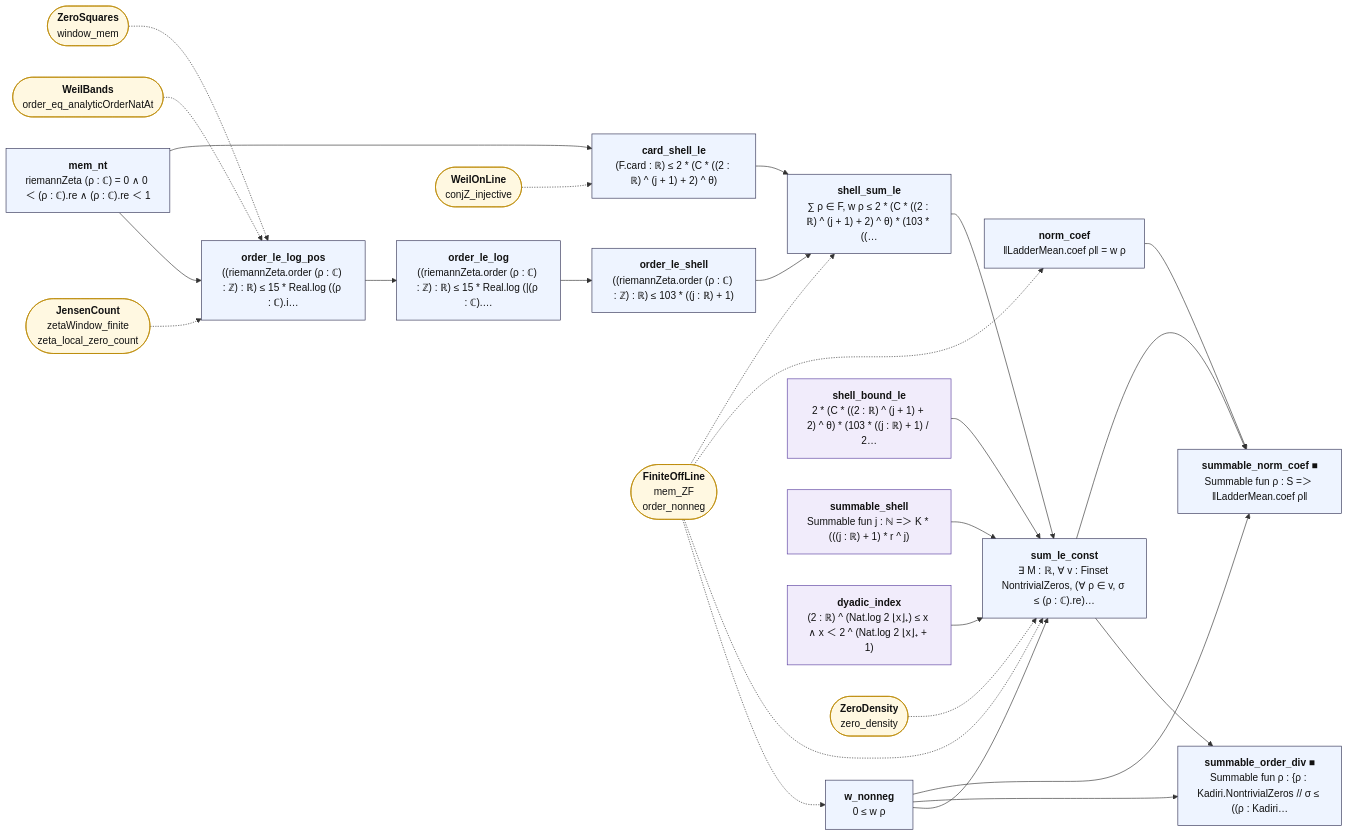
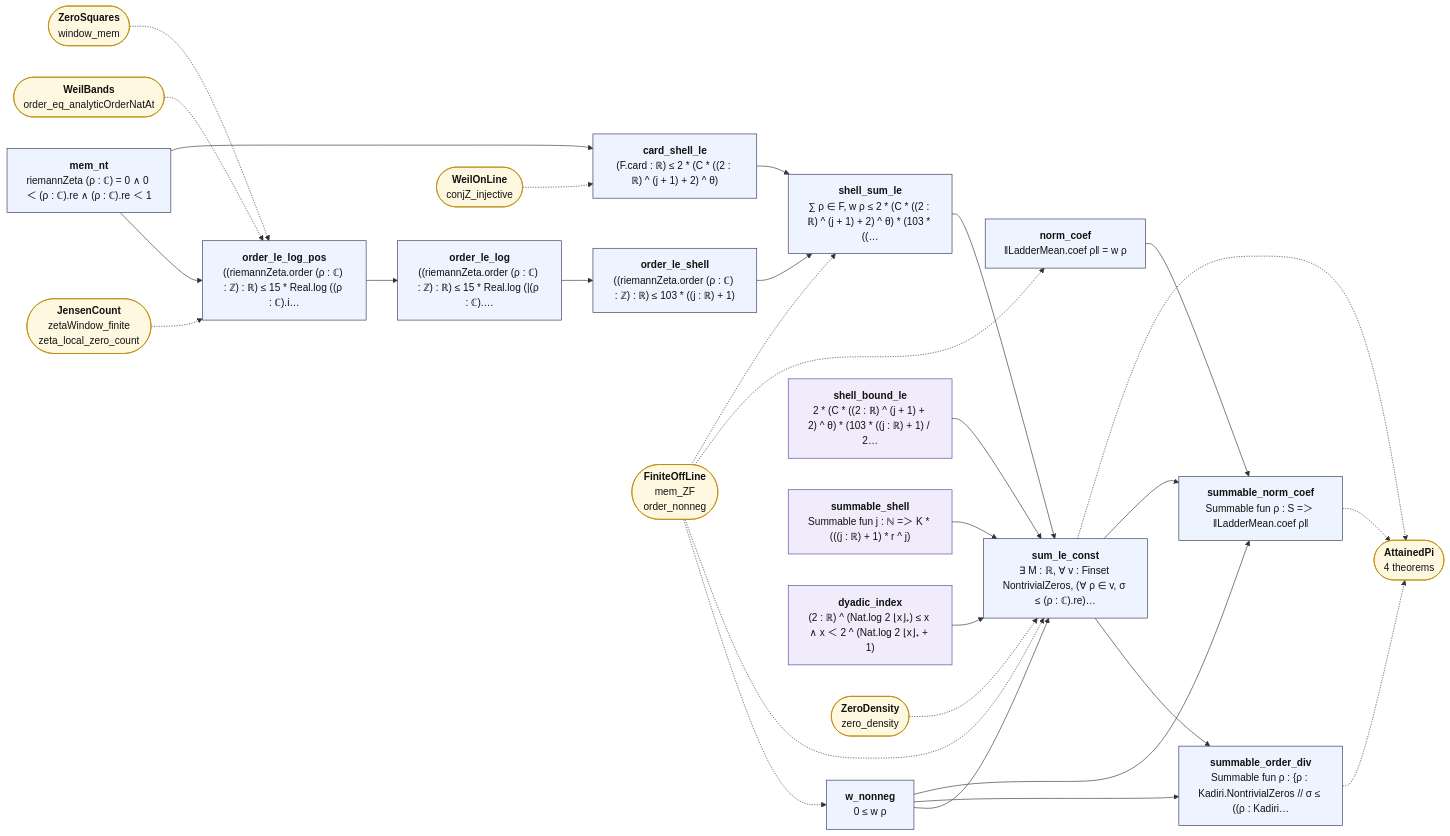
One commit to juliansambranojr/Primebeat_081426 changed the diagram in map/lean_stage3/ZeroSummable.md. Above: the diagram before and after it, drawn with Mermaid. The commit also changed other lines of this file and 50 other files, not shown here.

First line of the commit message:
C7: joint 10 on the count when the largest real part of the zeros is attained (unit 0456)

````diff
--- a/map/lean_stage3/ZeroSummable.md
+++ b/map/lean_stage3/ZeroSummable.md
@@ -12,56 +12,60 @@
 ```mermaid
 flowchart LR
   n0["<b>w_nonneg</b><br/>0 ≤ w ρ"]:::thm
   n1["<b>mem_nt</b><br/>riemannZeta (ρ : ℂ) = 0 ∧ 0 ＜ (ρ : ℂ).re ∧ (ρ : ℂ).re ＜ 1"]:::thm
   n2["<b>order_le_log_pos</b><br/>((riemannZeta.order (ρ : ℂ) : ℤ) : ℝ) ≤ 15 * Real.log ((ρ : ℂ).i…"]:::thm
   n3["<b>order_le_log</b><br/>((riemannZeta.order (ρ : ℂ) : ℤ) : ℝ) ≤ 15 * Real.log (|(ρ : ℂ).…"]:::thm
   n4["<b>order_le_shell</b><br/>((riemannZeta.order (ρ : ℂ) : ℤ) : ℝ) ≤ 103 * ((j : ℝ) + 1)"]:::thm
   n5["<b>card_shell_le</b><br/>(F.card : ℝ) ≤ 2 * (C * ((2 : ℝ) ^ (j + 1) + 2) ^ θ)"]:::thm
   n6["<b>shell_sum_le</b><br/>∑ ρ ∈ F, w ρ ≤ 2 * (C * ((2 : ℝ) ^ (j + 1) + 2) ^ θ) * (103 * ((…"]:::thm
   n7["<b>shell_bound_le</b><br/>2 * (C * ((2 : ℝ) ^ (j + 1) + 2) ^ θ) * (103 * ((j : ℝ) + 1) / 2…"]:::shp
   n8["<b>summable_shell</b><br/>Summable fun j : ℕ =＞ K * (((j : ℝ) + 1) * r ^ j)"]:::shp
   n9["<b>dyadic_index</b><br/>(2 : ℝ) ^ (Nat.log 2 ⌊x⌋₊) ≤ x ∧ x ＜ 2 ^ (Nat.log 2 ⌊x⌋₊ + 1)"]:::shp
   n10["<b>sum_le_const</b><br/>∃ M : ℝ, ∀ v : Finset NontrivialZeros, (∀ ρ ∈ v, σ ≤ (ρ : ℂ).re)…"]:::thm
-  n11["<b>summable_order_div ■</b><br/>Summable fun ρ : {ρ : Kadiri.NontrivialZeros // σ ≤ ((ρ : Kadiri…"]:::thm
+  n11["<b>summable_order_div</b><br/>Summable fun ρ : {ρ : Kadiri.NontrivialZeros // σ ≤ ((ρ : Kadiri…"]:::thm
   n12["<b>norm_coef</b><br/>‖LadderMean.coef ρ‖ = w ρ"]:::thm
-  n13["<b>summable_norm_coef ■</b><br/>Summable fun ρ : S =＞ ‖LadderMean.coef ρ‖"]:::thm
+  n13["<b>summable_norm_coef</b><br/>Summable fun ρ : S =＞ ‖LadderMean.coef ρ‖"]:::thm
   x0(["<b>FiniteOffLine</b><br/>mem_ZF<br/>order_nonneg"]):::ext
   x1(["<b>JensenCount</b><br/>zetaWindow_finite<br/>zeta_local_zero_count"]):::ext
   x2(["<b>WeilBands</b><br/>order_eq_analyticOrderNatAt"]):::ext
   x3(["<b>ZeroSquares</b><br/>window_mem"]):::ext
   x4(["<b>WeilOnLine</b><br/>conjZ_injective"]):::ext
   x5(["<b>ZeroDensity</b><br/>zero_density"]):::ext
+  x6(["<b>AttainedPi</b><br/>4 theorems"]):::ext
   n0 --> n10
   n0 --> n11
   n0 --> n13
   n1 --> n2
   n1 --> n5
   n10 --> n11
   n10 --> n13
   n12 --> n13
   n2 --> n3
   n3 --> n4
   n4 --> n6
   n5 --> n6
   n6 --> n10
   n7 --> n10
   n8 --> n10
   n9 --> n10
+  n10 -.-> x6
+  n11 -.-> x6
+  n13 -.-> x6
   x0 -.-> n0
   x0 -.-> n10
   x0 -.-> n12
   x0 -.-> n6
   x1 -.-> n2
   x2 -.-> n2
   x3 -.-> n2
   x4 -.-> n5
   x5 -.-> n10
   classDef cnt fill:#dff5ec,stroke:#17694a,color:#111
   classDef shp fill:#f1ecfb,stroke:#5b3fa0,color:#111
   classDef rh fill:#ffe5e5,stroke:#c22,color:#111,stroke-width:2px
   classDef thm fill:#eef4ff,stroke:#335,color:#111
   classDef end_ fill:#e7f7e7,stroke:#2a7,color:#111,stroke-width:2px
   classDef lone fill:#fff,stroke:#999,color:#111,stroke-dasharray:4 3
   classDef bad fill:#ffe5e5,stroke:#c22,color:#111,stroke-width:2px
   classDef ext fill:#fff8e1,stroke:#b80,color:#111
 ```
````
